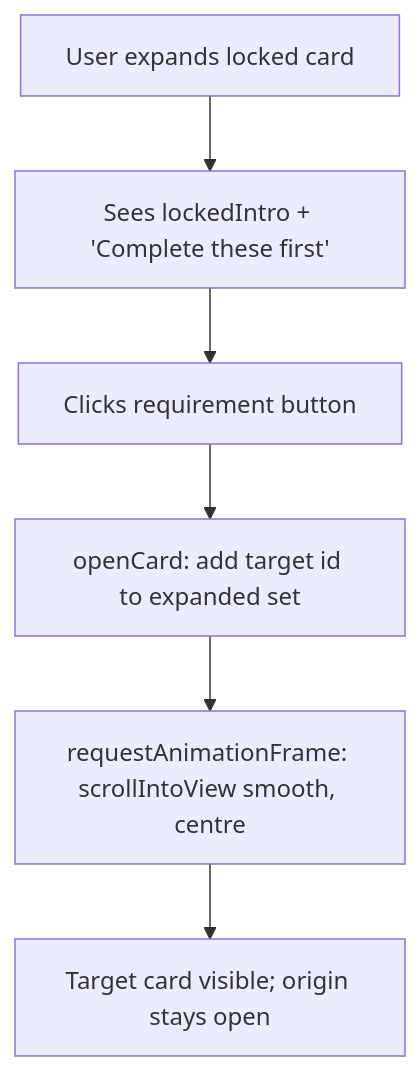
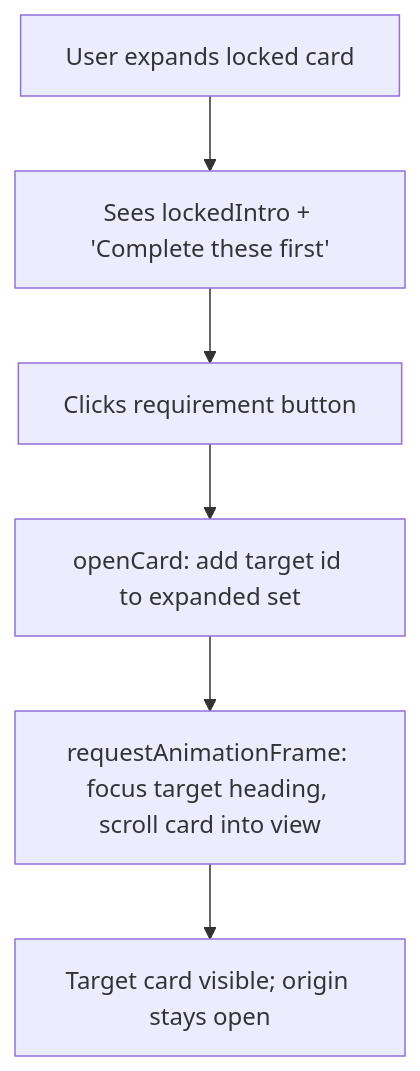
Before and after one commit to ZenMe-AU/ZenbloxCore: the seventh of 9 diagrams in zeninstallerPvt/ui/UI_UX.md, drawn with Mermaid. The commit also changed other lines of this file and 34 other files, not shown here.

````diff
--- a/zeninstallerPvt/ui/UI_UX.md
+++ b/zeninstallerPvt/ui/UI_UX.md
@@ -284,8 +285,8 @@
 ```mermaid
 flowchart TD
   A[User expands locked card] --> B[Sees lockedIntro + 'Complete these first']
   B --> C[Clicks requirement button]
   C --> D[openCard: add target id to expanded set]
-  D --> E[requestAnimationFrame: scrollIntoView smooth, centre]
+  D --> E[requestAnimationFrame: focus target heading, scroll card into view]
   E --> F[Target card visible; origin stays open]
 ```
````
